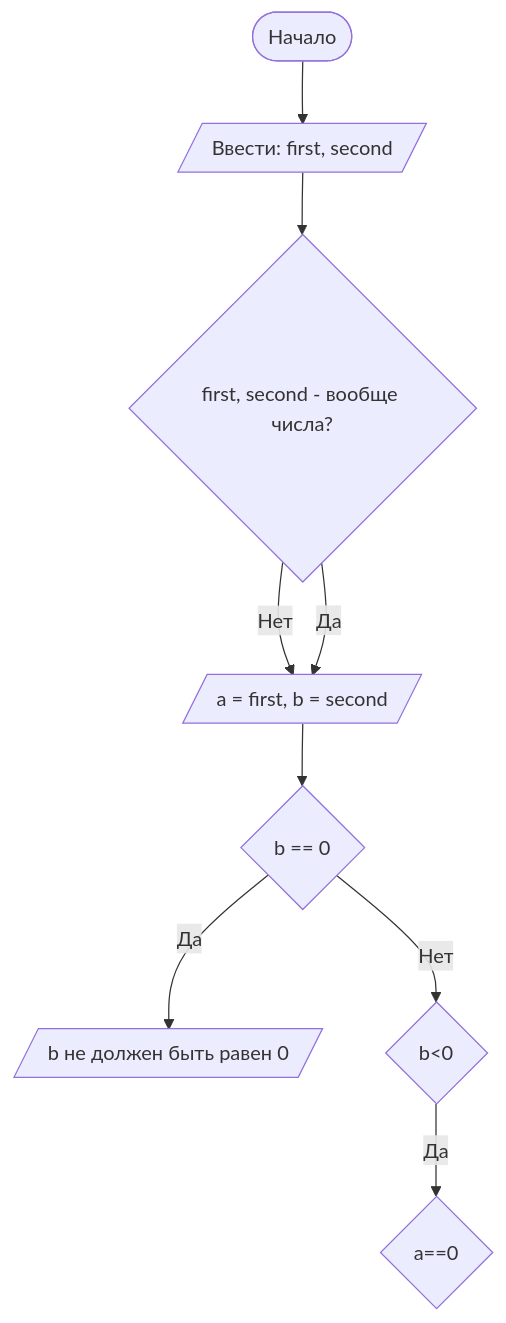
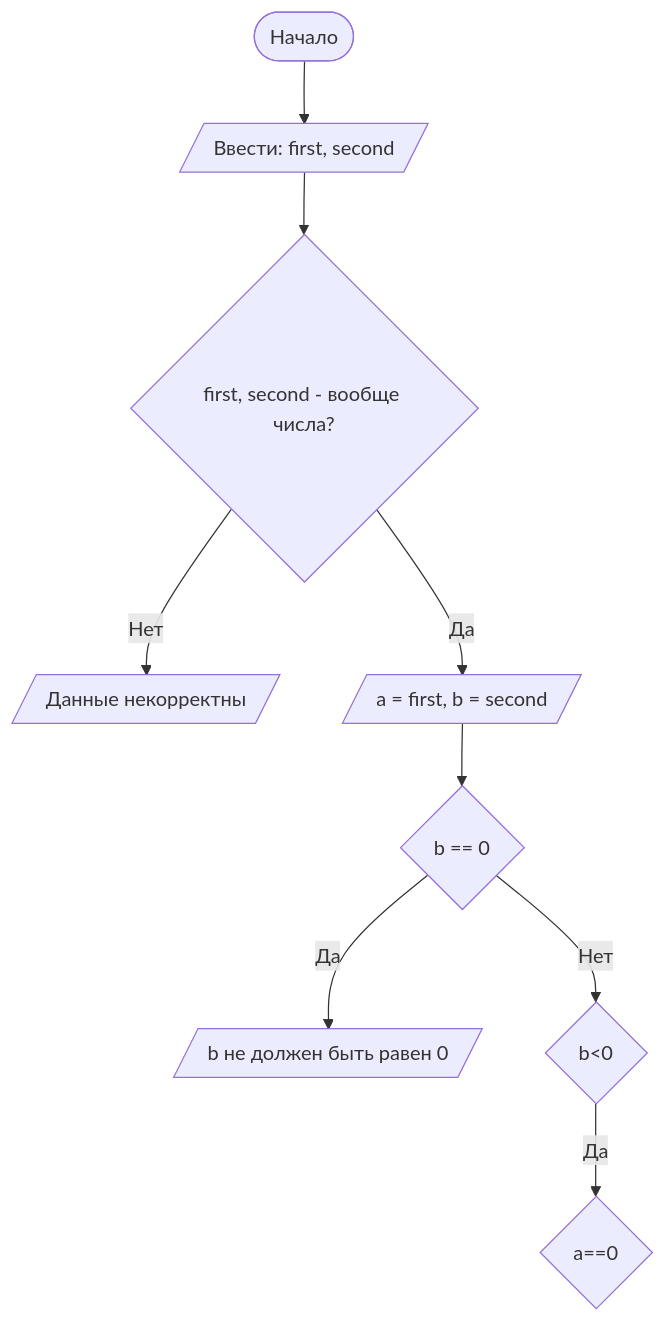
Before and after one commit to EDINDANDIL/Lab1: the diagram in README.md, drawn with Mermaid.

````diff
--- a/README.md
+++ b/README.md
@@ -112,18 +112,18 @@
 ```mermaid
 graph TD
     A([Начало]) --> B[/Ввести: first, second/]
     B --> C{first, second - вообще числа?}
-    C -- Нет --> D[/Данные некорректны/]
+    C -- Нет --> P[/Данные некорректны/]
     C -- Да --> D[/a = first, b = second/]
     D --> F{b == 0}
     F -- Да --> O[/b не должен быть равен 0/]
     F -- Нет --> M{b<0}
     M -- Да --> N{a==0}
     
 
     
 
   
    
 
 ```
````
